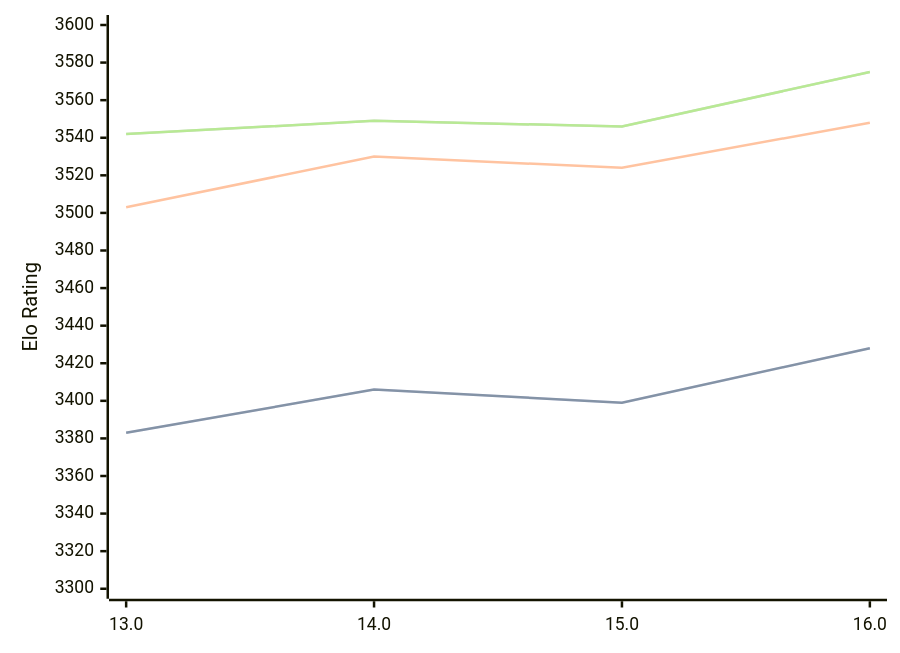
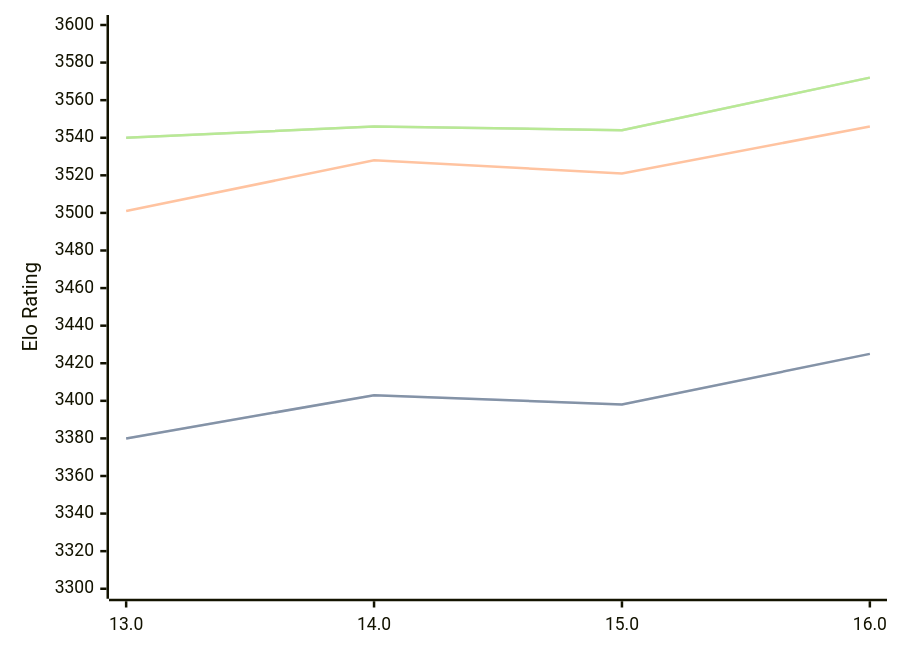
One commit to computer-chess-index/cci changed the diagram in engines/Obsidian.md. Above: the diagram before and after it, drawn with Mermaid. The commit also changed other lines of this file, not shown here.

Commit message:
Update CCI Ratings (ELO VLTC) - 2026-08-12

````diff
--- a/engines/Obsidian.md
+++ b/engines/Obsidian.md
@@ -34,11 +34,11 @@
 ```mermaid
 %%{init: {"theme":"base","themeVariables":{"seriesColors:['#a3a3a3','#222221','#faa371']}}}%%
 xychart-beta
   x-axis ["13.0", "14.0", "15.0", "16.0"]
   y-axis "Elo Rating" 3300 --> 3600
-  line "STC (8.0+0.08s)" [3383, 3406, 3399, 3428]
-  line "STC (8.0+0.08s)" [3383, 3406, 3399, 3428]
-  line "LTC (60.0+0.60s)" [3503, 3530, 3524, 3548]
-  line "VLTC (2m24s+1.12s)" [3542, 3549, 3546, 3575]
-  line "VLTC (2m24s+1.12s)" [3542, 3549, 3546, 3575]
+  line "STC (8.0+0.08s)" [3380, 3403, 3398, 3425]
+  line "STC (8.0+0.08s)" [3380, 3403, 3398, 3425]
+  line "LTC (60.0+0.60s)" [3501, 3528, 3521, 3546]
+  line "VLTC (2m24s+1.12s)" [3540, 3546, 3544, 3572]
+  line "VLTC (2m24s+1.12s)" [3540, 3546, 3544, 3572]
 ```
````
